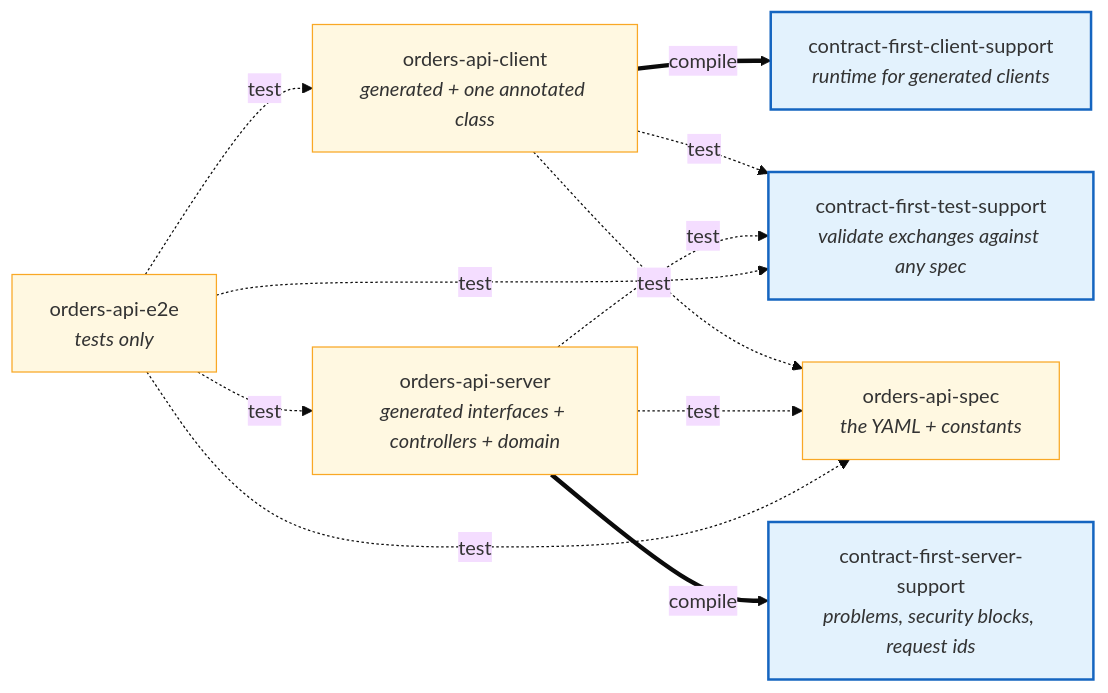
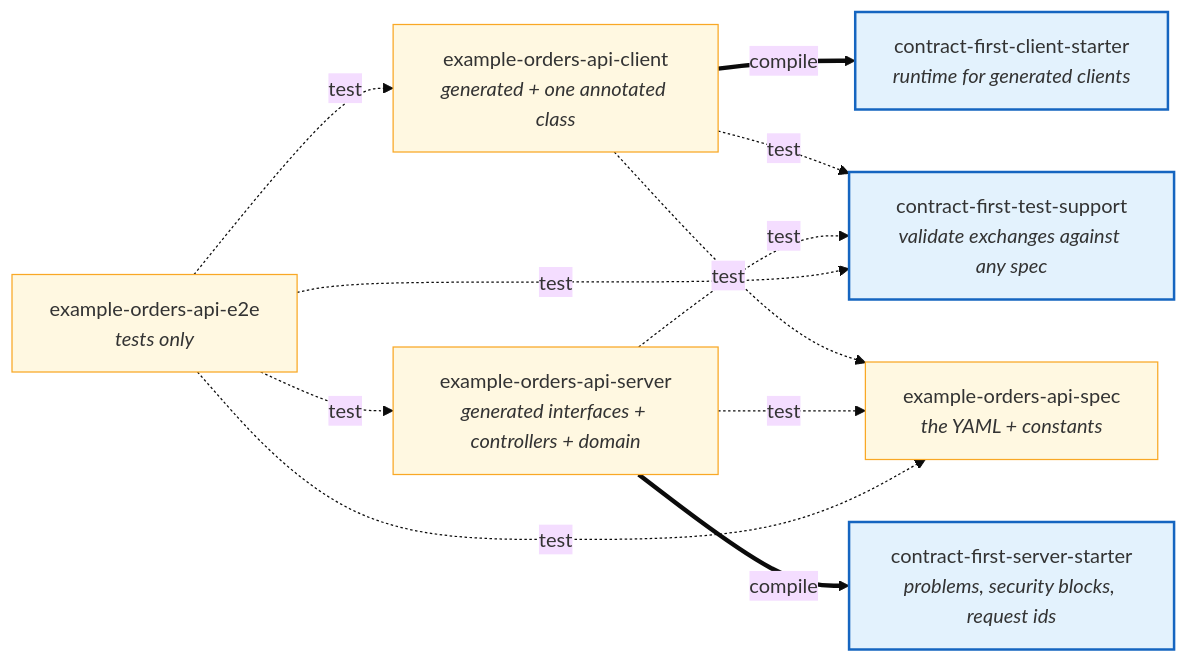
Before and after one commit to dmitrykislov/contract-first-spring: the sixth of 7 diagrams in README.md, drawn with Mermaid (base theme). The commit also changed other lines of this file and 173 other files, not shown here.

First line of the commit message:
Separate libraries from the example: libs/*-starter and examples/orders-api

````diff
--- a/README.md
+++ b/README.md
@@ -445,26 +468,26 @@
 ```mermaid
 flowchart LR
-    E2E["orders-api-e2e<br/><i>tests only</i>"]
-    CLIENT["orders-api-client<br/><i>generated + one annotated class</i>"]
-    SERVER["orders-api-server<br/><i>generated interfaces + controllers + domain</i>"]
-    CS["contract-first-client-support<br/><i>runtime for generated clients</i>"]
-    SS["contract-first-server-support<br/><i>problems, security blocks, request ids</i>"]
+    E2E["example-orders-api-e2e<br/><i>tests only</i>"]
+    CLIENT["example-orders-api-client<br/><i>generated + one annotated class</i>"]
+    SERVER["example-orders-api-server<br/><i>generated interfaces + controllers + domain</i>"]
+    CS["contract-first-client-starter<br/><i>runtime for generated clients</i>"]
+    SS["contract-first-server-starter<br/><i>problems, security blocks, request ids</i>"]
     TS["contract-first-test-support<br/><i>validate exchanges against any spec</i>"]
-    SPEC["orders-api-spec<br/><i>the YAML + constants</i>"]
+    SPEC["example-orders-api-spec<br/><i>the YAML + constants</i>"]
 
     E2E -.->|test| CLIENT
     E2E -.->|test| SERVER
     CLIENT ==>|compile| CS
     SERVER ==>|compile| SS
     CLIENT -.->|test| TS
     SERVER -.->|test| TS
     E2E -.->|test| TS
     CLIENT -.->|test| SPEC
     SERVER -.->|test| SPEC
     E2E -.->|test| SPEC
 
     classDef lib fill:#e3f2fd,stroke:#1565c0,stroke-width:2px;
     classDef example fill:#fff8e1,stroke:#f9a825;
     class CS,SS,TS lib;
     class E2E,CLIENT,SERVER,SPEC example;
 ```
````
